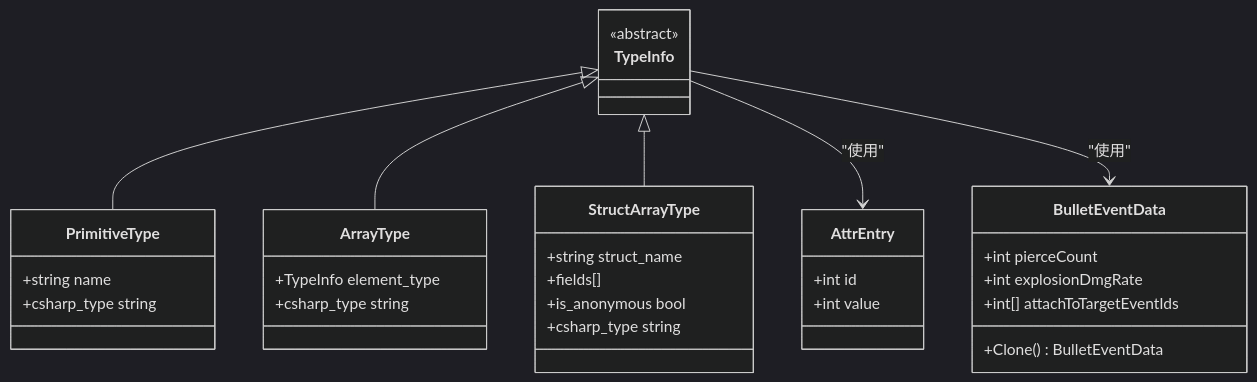
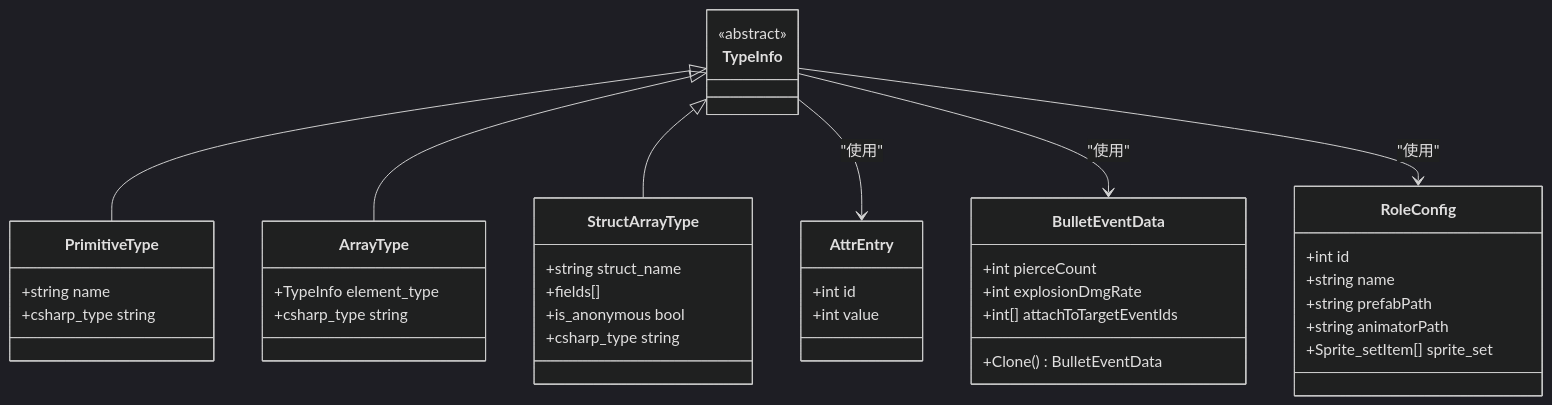
Before and after one commit to Tuusen/p1_client: the fifth of 8 diagrams in .qoder/repowiki/zh/content/Old Configuration System.md, drawn with Mermaid (dark theme). The commit also changed other lines of this file and 5 other files, not shown here.

````diff
--- a/.qoder/repowiki/zh/content/Old Configuration System.md
+++ b/.qoder/repowiki/zh/content/Old Configuration System.md
@@ -287,35 +303,43 @@
 ```mermaid
 classDiagram
 class TypeInfo {
 <<abstract>>
 }
 class PrimitiveType {
 +string name
 +csharp_type string
 }
 class ArrayType {
 +TypeInfo element_type
 +csharp_type string
 }
 class StructArrayType {
 +string struct_name
 +fields[]
 +is_anonymous bool
 +csharp_type string
 }
 TypeInfo <|-- PrimitiveType
 TypeInfo <|-- ArrayType
 TypeInfo <|-- StructArrayType
 class AttrEntry {
 +int id
 +int value
 }
 class BulletEventData {
 +int pierceCount
 +int explosionDmgRate
 +int[] attachToTargetEventIds
 +Clone() BulletEventData
 }
+class RoleConfig {
++int id
++string name
++string prefabPath
++string animatorPath
++Sprite_setItem[] sprite_set
+}
 TypeInfo --> AttrEntry : "使用"
 TypeInfo --> BulletEventData : "使用"
+TypeInfo --> RoleConfig : "使用"
 ```
````
